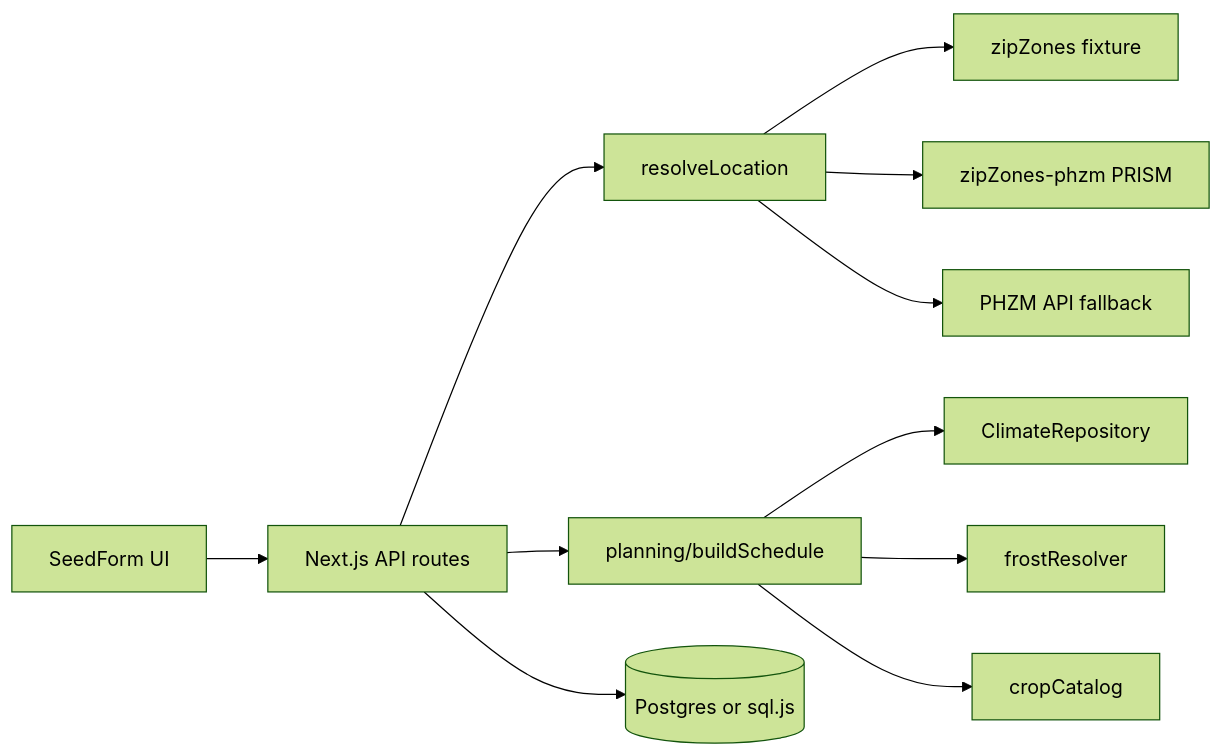
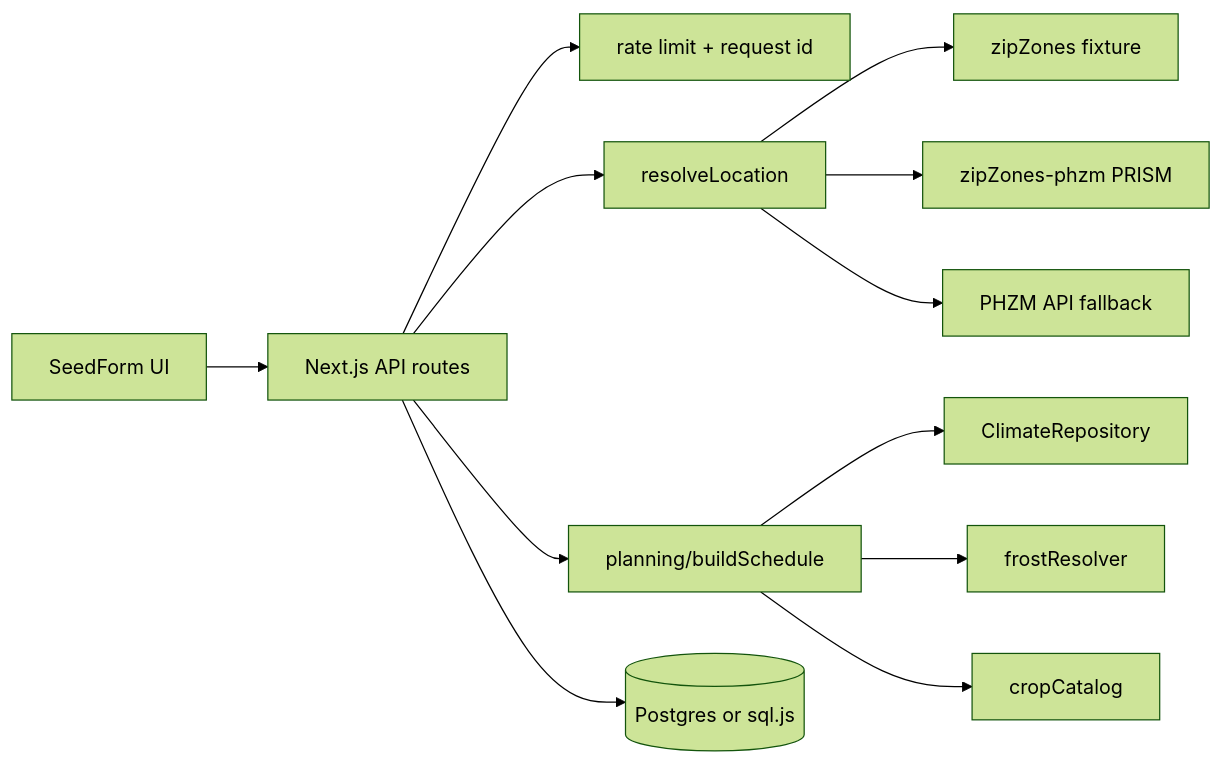
One commit to bryanbeltran/seed-starter changed the diagram in README.md. Above: the diagram before and after it, drawn with Mermaid (forest theme). The commit also changed other lines of this file and 54 other files, not shown here.

````diff
--- a/README.md
+++ b/README.md
@@ -21,13 +25,14 @@
 ```mermaid
 flowchart LR
   UI[SeedForm UI] --> API[Next.js API routes]
+  API --> RL[rate limit + request id]
   API --> LOC[resolveLocation]
   API --> PLAN[planning/buildSchedule]
   LOC --> FIX[zipZones fixture]
   LOC --> PHZM[zipZones-phzm PRISM]
   LOC --> API_PHZM[PHZM API fallback]
   PLAN --> CLIM[ClimateRepository]
   PLAN --> FROST[frostResolver]
   PLAN --> CROP[cropCatalog]
   API --> DB[(Postgres or sql.js)]
 ```
````
